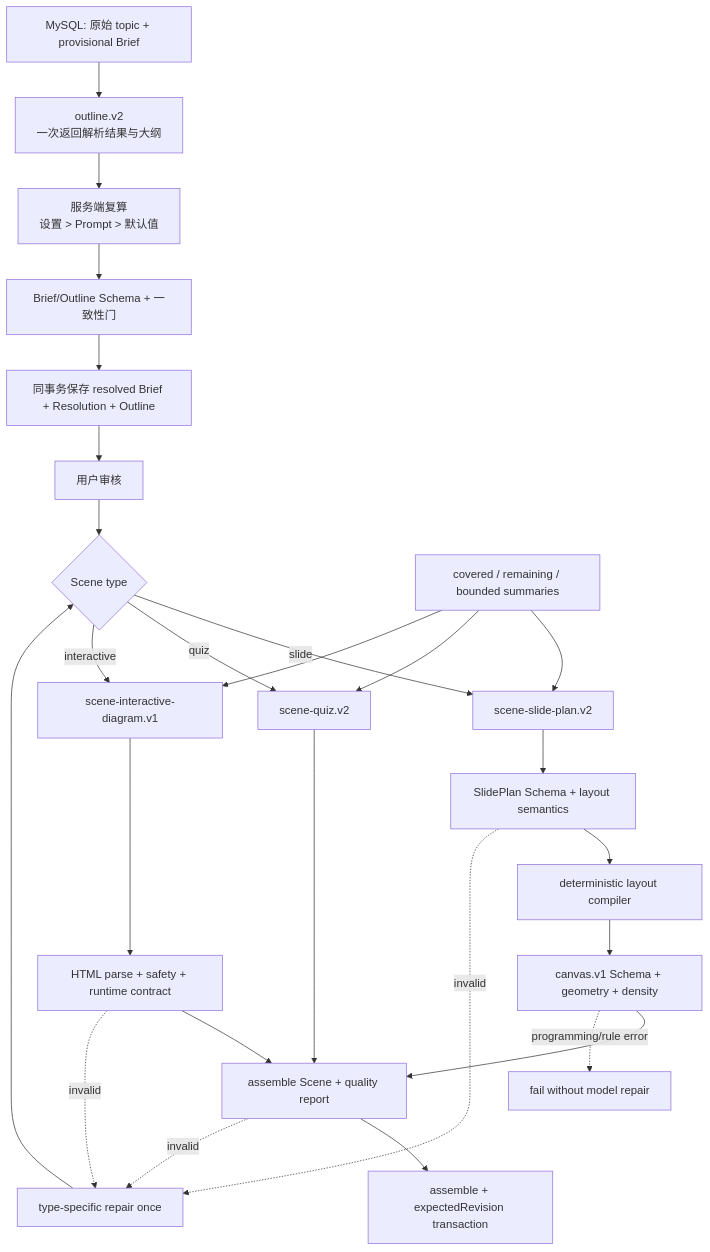
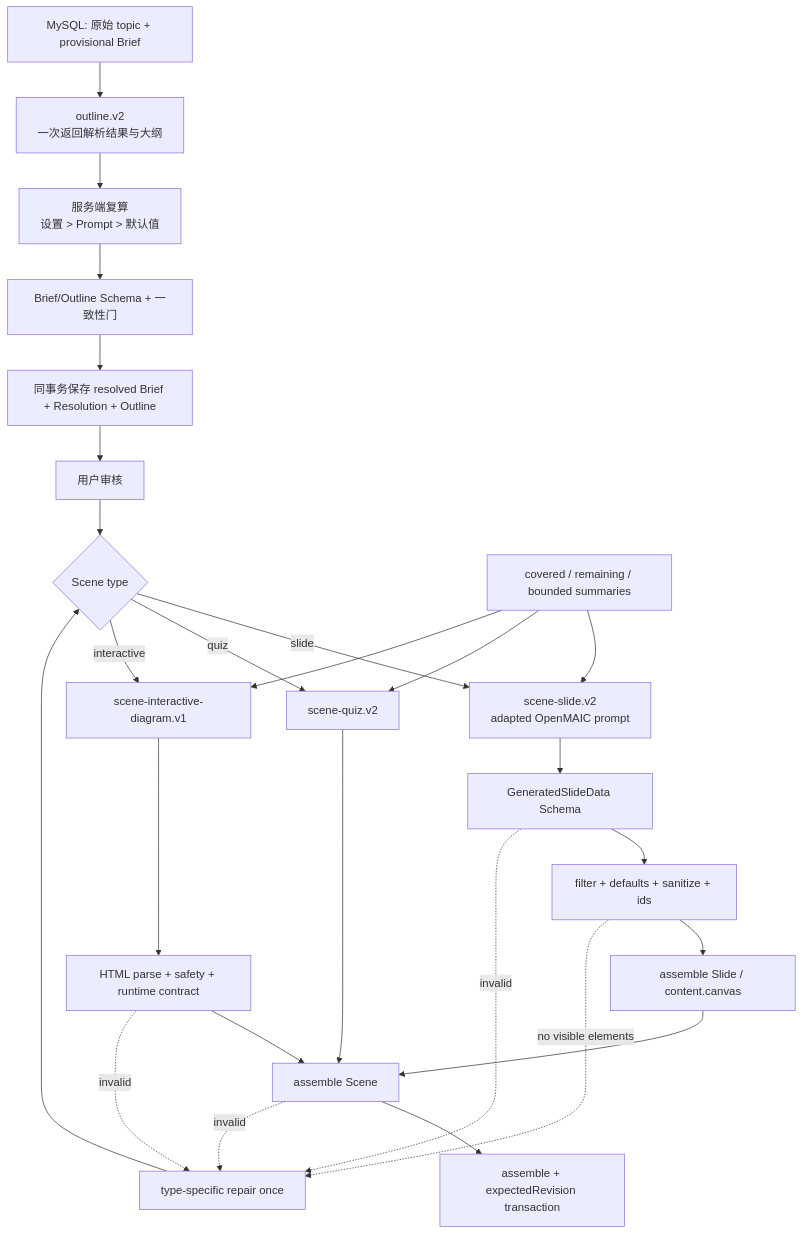
The second of 2 diagrams in docs/05-generation-pipeline.md (shuige666666/ai-teaching-assistance-platform), drawn with Mermaid before and after one commit. The commit also changed other lines of this file and 10 other files, not shown here.

````diff
--- a/docs/05-generation-pipeline.md
+++ b/docs/05-generation-pipeline.md
@@ -85,32 +87,32 @@
 ```mermaid
 flowchart TD
     Draft["MySQL: 原始 topic + provisional Brief"] --> OutlineV2["outline.v2<br/>一次返回解析结果与大纲"]
     OutlineV2 --> BriefResolver["服务端复算<br/>设置 > Prompt > 默认值"]
     BriefResolver --> OutlineGate["Brief/Outline Schema + 一致性门"]
     OutlineGate --> PersistOutline["同事务保存 resolved Brief + Resolution + Outline"]
     PersistOutline --> Review["用户审核"]
     Review --> Route{"Scene type"}
 
-    Route -->|slide| SlidePlanV2["scene-slide-plan.v2"]
+    Route -->|slide| SlideV2["scene-slide.v2<br/>adapted OpenMAIC prompt"]
     Route -->|quiz| QuizV2["scene-quiz.v2"]
     Route -->|interactive| DiagramV1["scene-interactive-diagram.v1"]
 
-    Memory["covered / remaining / bounded summaries"] --> SlidePlanV2
+    Memory["covered / remaining / bounded summaries"] --> SlideV2
     Memory --> QuizV2
     Memory --> DiagramV1
 
-    SlidePlanV2 --> PlanGate["SlidePlan Schema + layout semantics"]
-    PlanGate --> LayoutCompiler["deterministic layout compiler"]
-    LayoutCompiler --> CanvasGate["canvas.v1 Schema + geometry + density"]
-    CanvasGate --> SceneGate["assemble Scene + quality report"]
+    SlideV2 --> SlideSchema["GeneratedSlideData Schema"]
+    SlideSchema --> Normalize["filter + defaults + sanitize + ids"]
+    Normalize --> BuildSlide["assemble Slide / content.canvas"]
+    BuildSlide --> SceneGate["assemble Scene"]
     QuizV2 --> SceneGate
     DiagramV1 --> HtmlGate["HTML parse + safety + runtime contract"]
     HtmlGate --> SceneGate
     SceneGate --> Persist["assemble + expectedRevision transaction"]
 
-    PlanGate -.invalid.-> RepairOnce["type-specific repair once"]
-    CanvasGate -.programming/rule error.-> Stop["fail without model repair"]
+    SlideSchema -.invalid.-> RepairOnce["type-specific repair once"]
+    Normalize -.no visible elements.-> RepairOnce
     SceneGate -.invalid.-> RepairOnce
     HtmlGate -.invalid.-> RepairOnce
     RepairOnce --> Route
 ```
````
